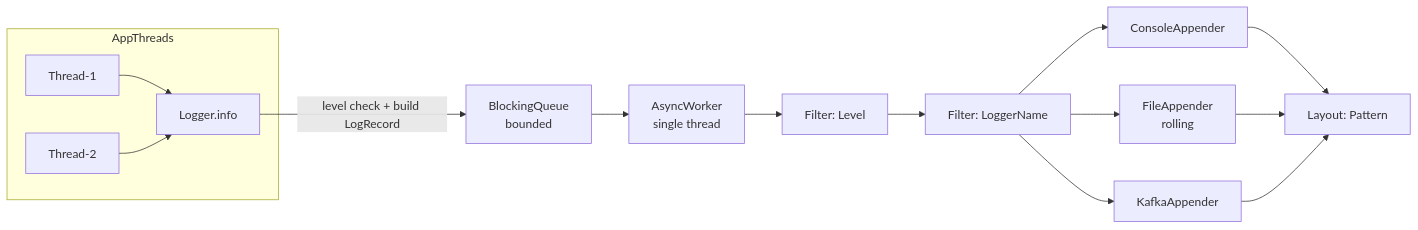
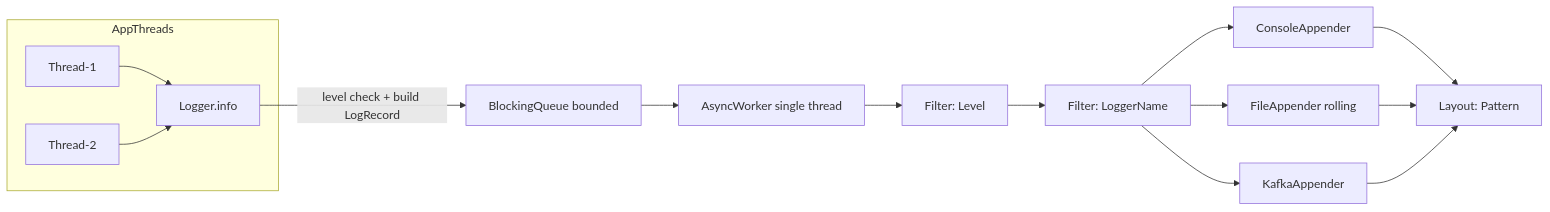
The fourth of 36 diagrams in Readme.md (iamitgupta/system-design-LLD-basic), drawn with Mermaid before and after one commit. The commit also changed other lines of this file, not shown here.

````diff
--- a/Readme.md
+++ b/Readme.md
@@ -430,17 +430,17 @@
 ```mermaid
 flowchart LR
-    subgraph AppThreads
-        T1[Thread-1] --> L1[Logger.info]
-        T2[Thread-2] --> L1
-    end
-    L1 -->|level check + build LogRecord| Q[BlockingQueue<br/>bounded]
-    Q --> W[AsyncWorker<br/>single thread]
-    W --> F1[Filter: Level]
-    F1 --> F2[Filter: LoggerName]
-    F2 --> A1[ConsoleAppender]
-    F2 --> A2[FileAppender<br/>rolling]
-    F2 --> A3[KafkaAppender]
-    A1 --> LY[Layout: Pattern]
-    A2 --> LY[Layout: Pattern]
-    A3 --> LY[Layout: Pattern]
+ subgraph AppThreads
+ T1["Thread-1"] --> L1["Logger.info"]
+ T2["Thread-2"] --> L1
+ end
+ L1 -->|level check + build LogRecord| Q["BlockingQueue bounded"]
+ Q --> W["AsyncWorker single thread"]
+ W --> F1["Filter: Level"]
+ F1 --> F2["Filter: LoggerName"]
+ F2 --> A1["ConsoleAppender"]
+ F2 --> A2["FileAppender rolling"]
+ F2 --> A3["KafkaAppender"]
+ A1 --> LY["Layout: Pattern"]
+ A2 --> LY["Layout: Pattern"]
+ A3 --> LY["Layout: Pattern"]
 ```
````
